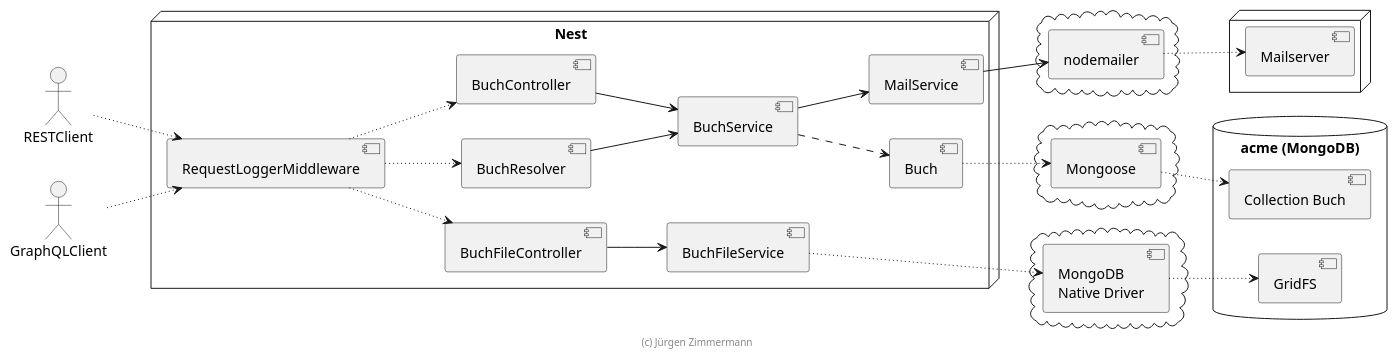
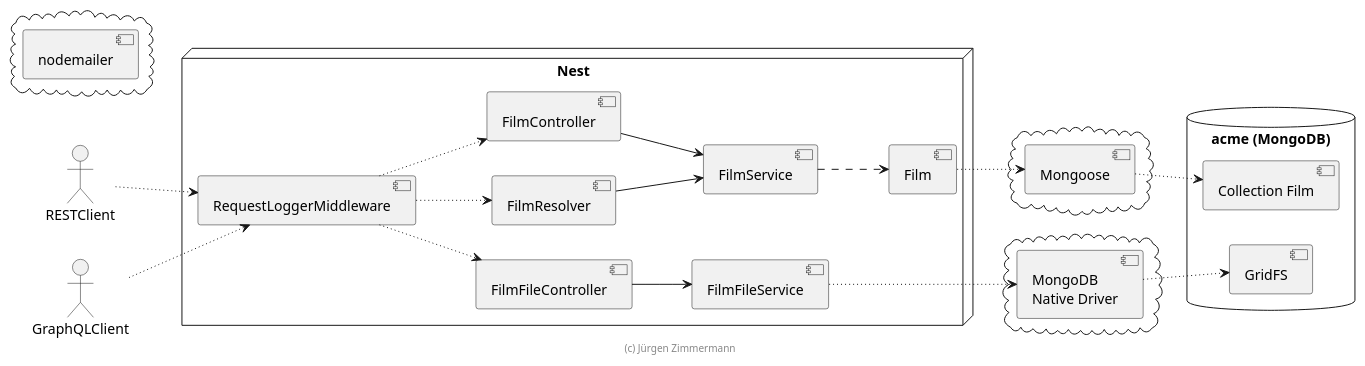
Before and after one commit to SWEGruppe8/Film: the diagram in extras/doc/entwicklerhandbuch/komponenten.puml, drawn with PlantUML. The commit also changed 3 other files, not shown here.

```diff
--- a/extras/doc/entwicklerhandbuch/komponenten.puml
+++ b/extras/doc/entwicklerhandbuch/komponenten.puml
@@ -1,68 +1,60 @@
 @startuml Komponenten
 
 left to right direction
 
 actor RESTClient
 actor GraphQLClient
 
 node "Nest" {
   [RequestLoggerMiddleware]
 
-  [BuchController]
-  [BuchResolver]
-  [BuchFileController]
+  [FilmController]
+  [FilmResolver]
+  [FilmFileController]
 
-  [BuchService]
-  [BuchFileService]
+  [FilmService]
+  [FilmFileService]
 
-  [Buch]
+  [Film]
 
-  [MailService]
 }
 
 
 cloud {
     [Mongoose]
 }
 
 cloud {
     [MongoDB\nNative Driver]
 }
 
 cloud {
     [nodemailer]
 }
 
 database "acme (MongoDB)" {
-    [Collection Buch]
+    [Collection Film]
     [GridFS]
 }
 
-node {
-    [Mailserver]
-}
 
 RESTClient ~~> [RequestLoggerMiddleware]
 GraphQLClient ~~> [RequestLoggerMiddleware]
 
-[RequestLoggerMiddleware] ~~> [BuchController]
-[RequestLoggerMiddleware] ~~> [BuchResolver]
-[RequestLoggerMiddleware] ~~> [BuchFileController]
+[RequestLoggerMiddleware] ~~> [FilmController]
+[RequestLoggerMiddleware] ~~> [FilmResolver]
+[RequestLoggerMiddleware] ~~> [FilmFileController]
 
-[BuchController] --> [BuchService]
-[BuchResolver] --> [BuchService]
-[BuchFileController] --> [BuchFileService]
-[BuchService] ..> [Buch]
+[FilmController] --> [FilmService]
+[FilmResolver] --> [FilmService]
+[FilmFileController] --> [FilmFileService]
+[FilmService] ..> [Film]
 
-[Buch] ~~> [Mongoose]
-[BuchFileService] ~~> [MongoDB\nNative Driver]
-[Mongoose] ~~> [Collection Buch]
+[Film] ~~> [Mongoose]
+[FilmFileService] ~~> [MongoDB\nNative Driver]
+[Mongoose] ~~> [Collection Film]
 [MongoDB\nNative Driver] ~~> [GridFS]
-
-[BuchService] --> [MailService]
-[MailService] --> [nodemailer]
-[nodemailer] ~~> [Mailserver]
 
 footer (c) Jürgen Zimmermann
 
 @enduml
```
